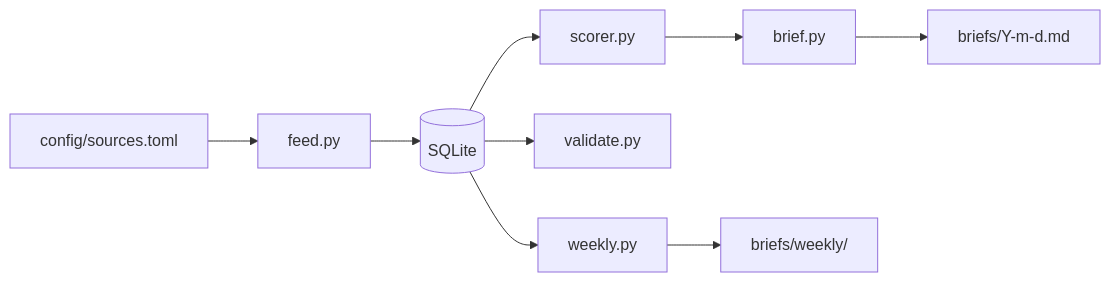
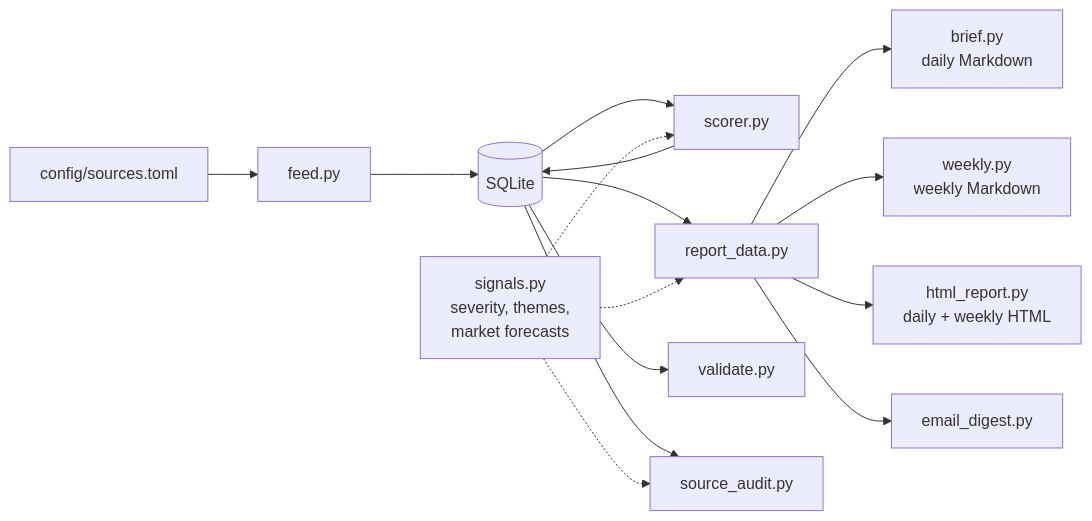
One commit to Qiao527/opsrisk-radar changed the diagram in docs/architecture.md. Above: the diagram before and after it, drawn with Mermaid. The commit also changed other lines of this file and 1 other file, not shown here.

````diff
--- a/docs/architecture.md
+++ b/docs/architecture.md
@@ -7,11 +7,17 @@
 ```mermaid
 flowchart LR
     CFG[config/sources.toml] --> F[feed.py]
     F --> DB[(SQLite)]
     DB --> S[scorer.py]
-    S --> BR[brief.py]
-    BR --> OUT[briefs/Y-m-d.md]
+    S --> DB
+    DB --> RD[report_data.py]
+    RD --> BR[brief.py<br/>daily Markdown]
+    RD --> W[weekly.py<br/>weekly Markdown]
+    RD --> H[html_report.py<br/>daily + weekly HTML]
+    RD --> E[email_digest.py]
     DB --> V[validate.py]
-    DB --> W[weekly.py]
-    W --> WO[briefs/weekly/]
+    DB --> A[source_audit.py]
+    SIG[signals.py<br/>severity, themes,<br/>market forecasts] -.-> S
+    SIG -.-> RD
+    SIG -.-> A
 ```
````
